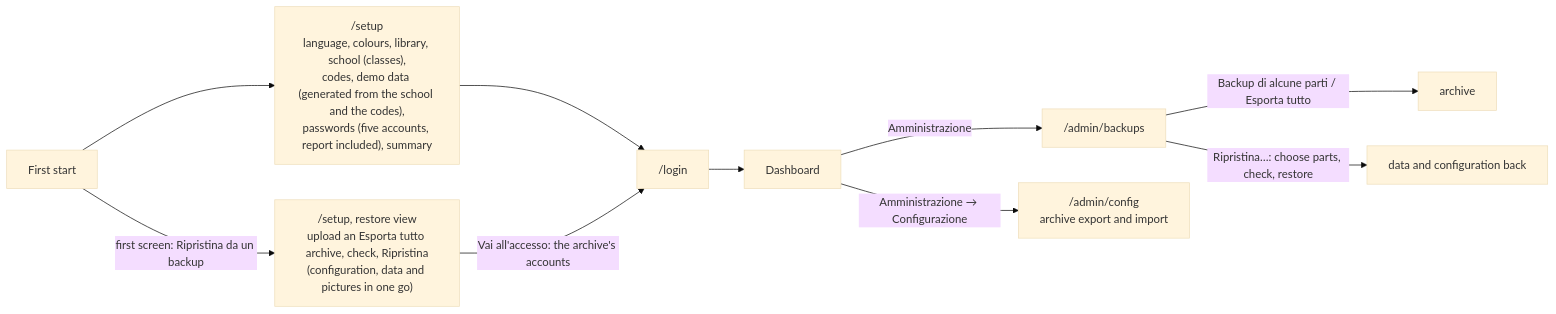
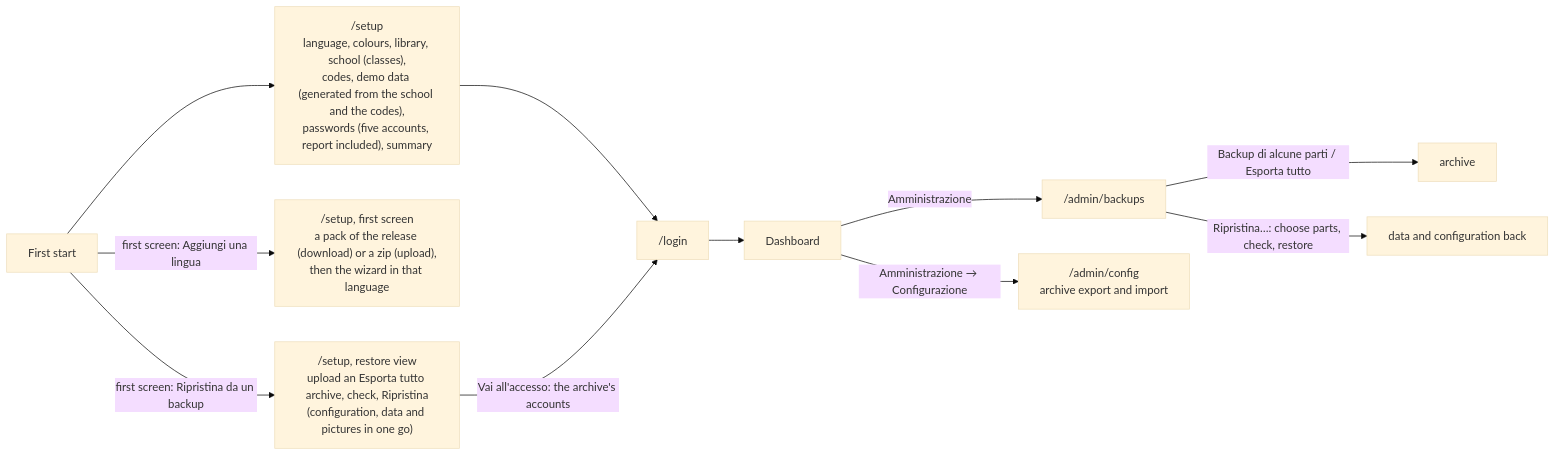
Before and after one commit to itotm/biblioviva: diagram 19 of 19 in docs/navigation.md, drawn with Mermaid (base theme). The commit also changed other lines of this file and 217 other files, not shown here.

First line of the commit message:
phase 9.44–9.48: authors "Surname, Name" in the demo, item type on the record, problem boxes in the docs, help button, language pack in the wizard

````diff
--- a/docs/navigation.md
+++ b/docs/navigation.md
@@ -625,11 +626,12 @@
 ```mermaid
 flowchart LR
     A["First start"] --> B["/setup<br/>language, colours, library, school (classes),<br/>codes, demo data (generated from the school and the codes),<br/>passwords (five accounts, report included), summary"]
+    A -->|"first screen: Aggiungi una lingua"| L["/setup, first screen<br/>a pack of the release (download) or a zip (upload),<br/>then the wizard in that language"]
     A -->|"first screen: Ripristina da un backup"| R["/setup, restore view<br/>upload an Esporta tutto archive, check, Ripristina<br/>(configuration, data and pictures in one go)"]
     B --> C["/login"] --> D["Dashboard"]
     R -->|"Vai all'accesso: the archive's accounts"| C
     D -->|"Amministrazione"| E["/admin/backups"]
     E -->|"Backup di alcune parti / Esporta tutto"| F["archive"]
     E -->|"Ripristina…: choose parts, check, restore"| G["data and configuration back"]
     D -->|"Amministrazione → Configurazione"| H["/admin/config<br/>archive export and import"]
 ```
````
